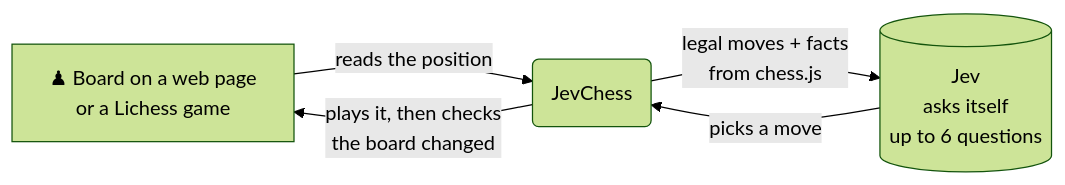
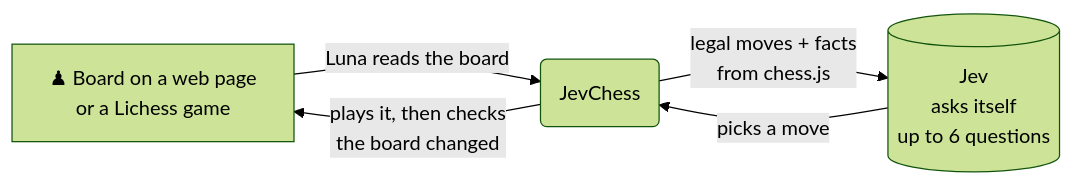
The diagram in README.md (shihabalratul/Jev-chess), drawn with Mermaid (forest theme) before and after one commit. The commit also changed other lines of this file and 6 other files, not shown here.

First line of the commit message:
Put the Jev decision model and Luna front and centre

````diff
--- a/README.md
+++ b/README.md
@@ -107,7 +118,7 @@
 ```mermaid
 flowchart LR
-    A[♟ Board on a web page<br/>or a Lichess game] -->|reads the position| B(JevChess)
+    A[♟ Board on a web page<br/>or a Lichess game] -->|Luna reads the board| B(JevChess)
     B -->|legal moves + facts<br/>from chess.js| C[(Jev<br/>asks itself<br/>up to 6 questions)]
     C -->|picks a move| B
     B -->|plays it, then checks<br/>the board changed| A
 ```
````
